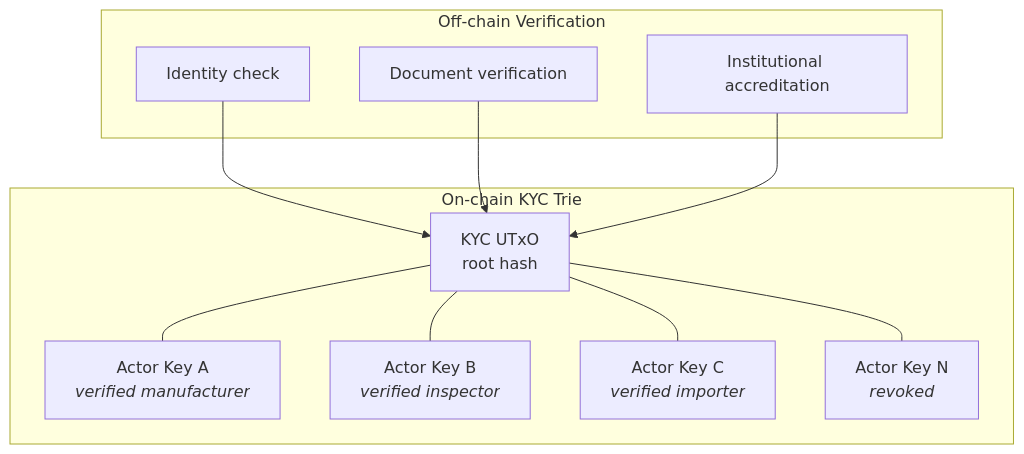
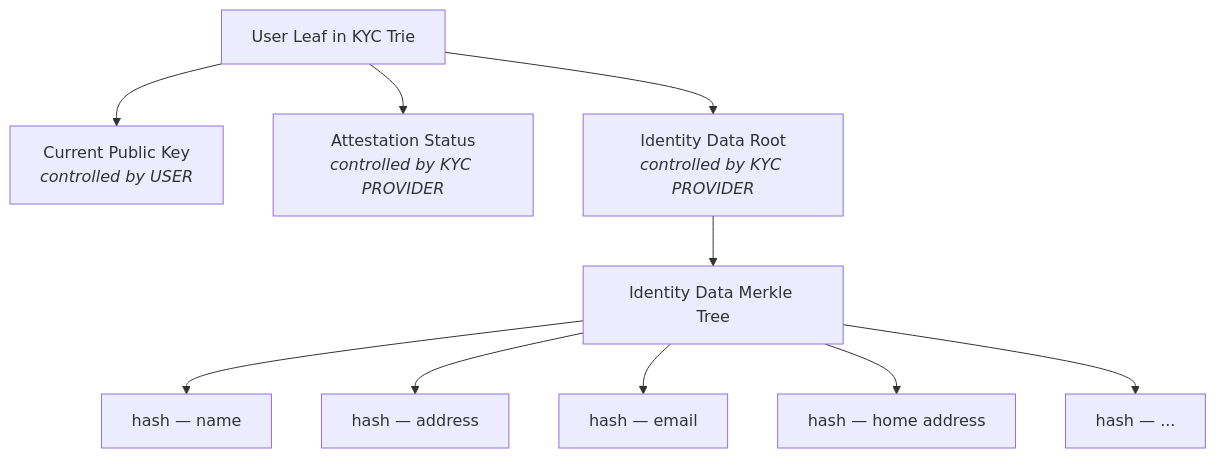
One commit to lambdasistemi/cardano-for-regulators changed the sixth of 19 diagrams in docs/framework/schema.md. Above: the diagram before and after it, drawn with Mermaid. The commit also changed other lines of this file, not shown here.

First line of the commit message:
docs: refine KYC role, user sovereignty, and data disclosure model

````diff
--- a/docs/framework/schema.md
+++ b/docs/framework/schema.md
@@ -160,20 +235,15 @@
 ```mermaid
 graph TD
-    subgraph Off-chain Verification
-        V1[Identity check]
-        V2[Document verification]
-        V3[Institutional accreditation]
-    end
+    LEAF[User Leaf in KYC Trie]
 
-    subgraph On-chain KYC Trie
-        ROOT[KYC UTxO<br/>root hash]
-        ROOT --- A1[Actor Key A<br/><i>verified manufacturer</i>]
-        ROOT --- A2[Actor Key B<br/><i>verified inspector</i>]
-        ROOT --- A3[Actor Key C<br/><i>verified importer</i>]
-        ROOT --- A4[Actor Key N<br/><i>revoked</i>]
-    end
+    LEAF --> KEY[Current Public Key<br/><i>controlled by USER</i>]
+    LEAF --> STATUS[Attestation Status<br/><i>controlled by KYC PROVIDER</i>]
+    LEAF --> DATA[Identity Data Root<br/><i>controlled by KYC PROVIDER</i>]
 
-    V1 --> ROOT
-    V2 --> ROOT
-    V3 --> ROOT
+    DATA --> DT[Identity Data Merkle Tree]
+    DT --> H1[hash — name]
+    DT --> H2[hash — address]
+    DT --> H3[hash — email]
+    DT --> H4[hash — home address]
+    DT --> H5[hash — ...]
 ```
````
